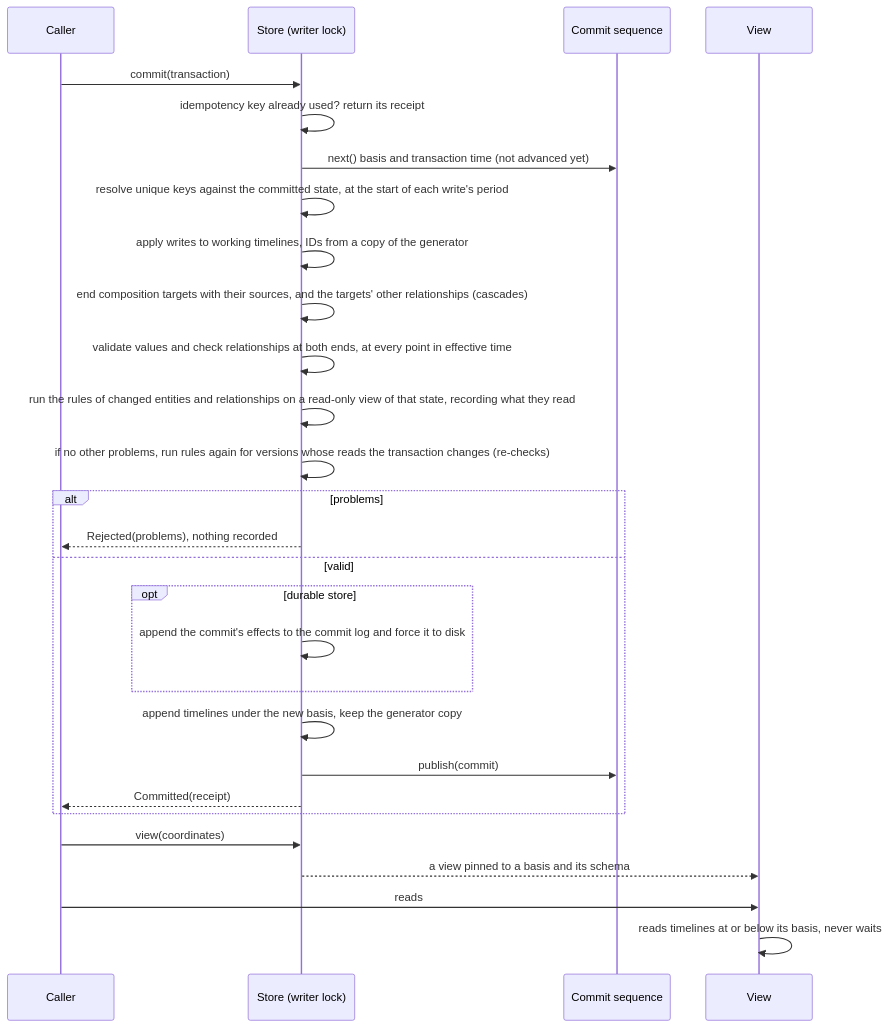
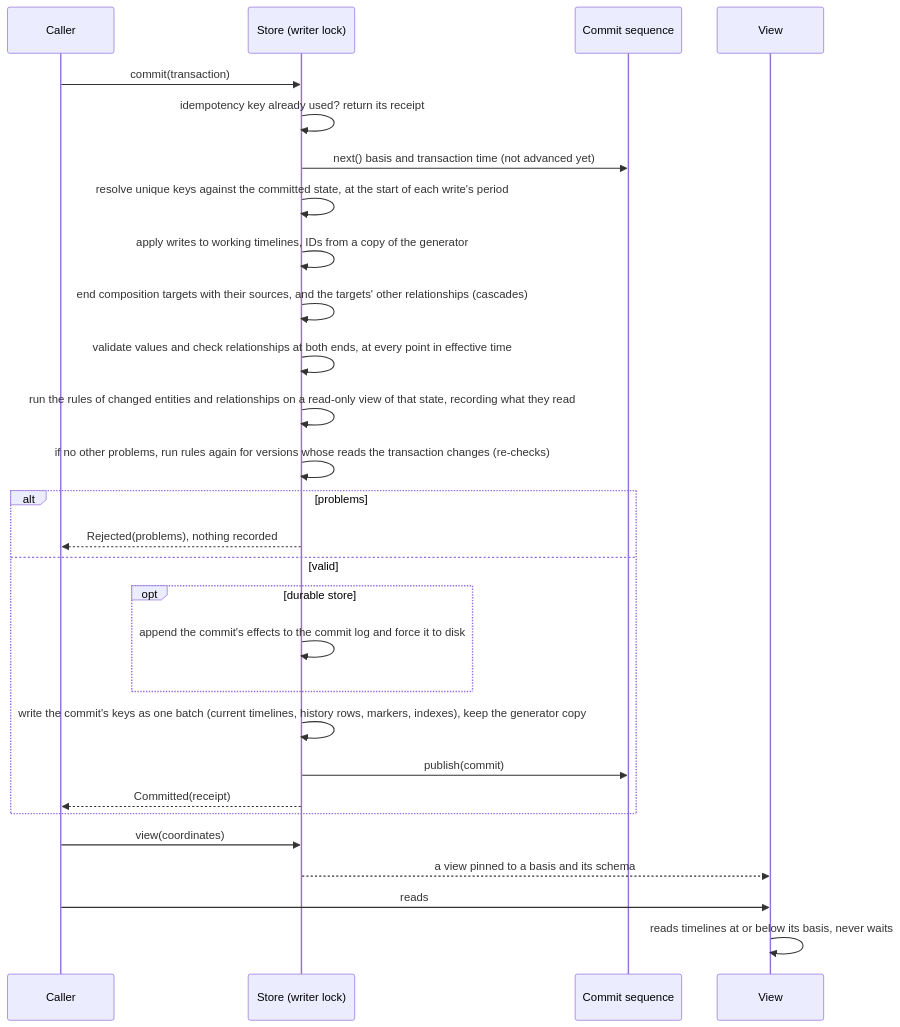
One commit to enricoag1982/Cairn changed the third of 3 diagrams in docs/architecture/README.md. Above: the diagram before and after it, drawn with Mermaid. The commit also changed other lines of this file and 53 other files, not shown here.

First line of the commit message:
refactor: keep the engine's data as keys in an ordered key-value store

````diff
--- a/docs/architecture/README.md
+++ b/docs/architecture/README.md
@@ -109,30 +110,30 @@
 ```mermaid
 sequenceDiagram
     participant C as Caller
     participant S as Store (writer lock)
     participant Q as Commit sequence
     participant V as View
     C->>S: commit(transaction)
     S->>S: idempotency key already used? return its receipt
     S->>Q: next() basis and transaction time (not advanced yet)
     S->>S: resolve unique keys against the committed state, at the start of each write's period
     S->>S: apply writes to working timelines, IDs from a copy of the generator
     S->>S: end composition targets with their sources, and the targets' other relationships (cascades)
     S->>S: validate values and check relationships at both ends, at every point in effective time
     S->>S: run the rules of changed entities and relationships on a read-only view of that state, recording what they read
     S->>S: if no other problems, run rules again for versions whose reads the transaction changes (re-checks)
     alt problems
         S-->>C: Rejected(problems), nothing recorded
     else valid
         opt durable store
             S->>S: append the commit's effects to the commit log and force it to disk
         end
-        S->>S: append timelines under the new basis, keep the generator copy
+        S->>S: write the commit's keys as one batch (current timelines, history rows, markers, indexes), keep the generator copy
         S->>Q: publish(commit)
         S-->>C: Committed(receipt)
     end
     C->>S: view(coordinates)
     S-->>V: a view pinned to a basis and its schema
     C->>V: reads
     V->>V: reads timelines at or below its basis, never waits
 ```
````
